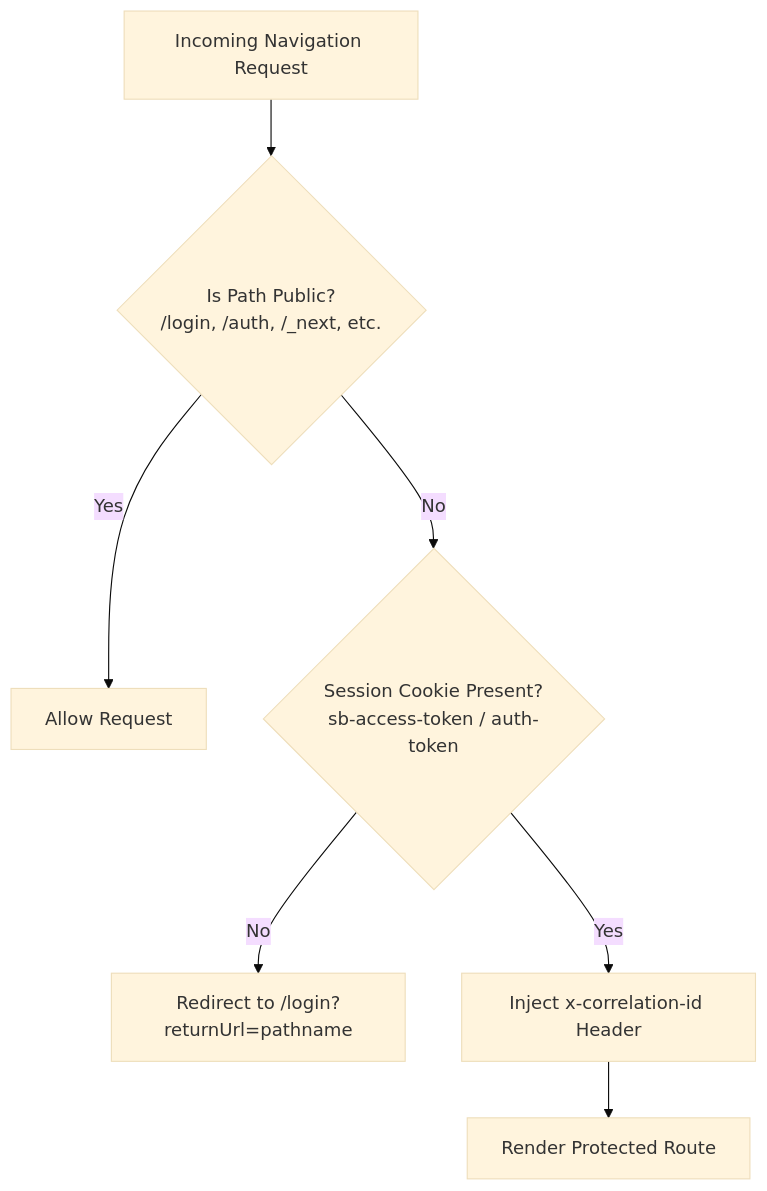
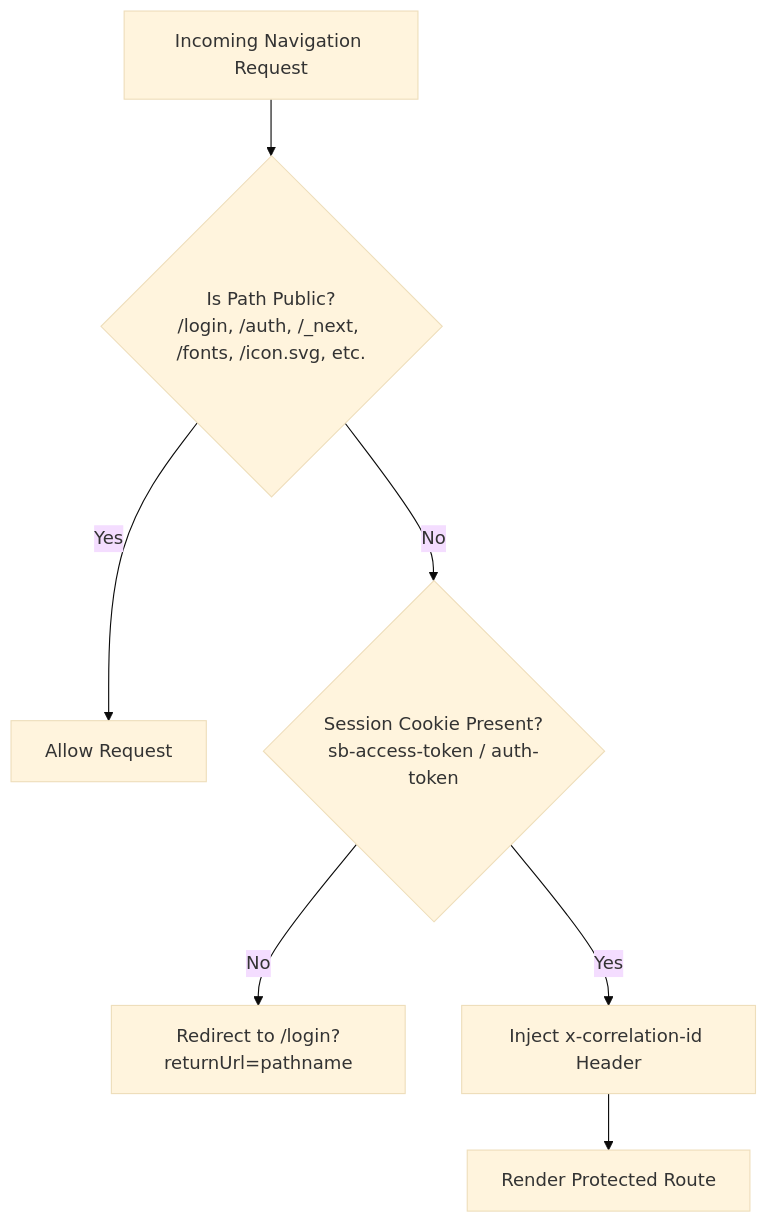
The first of 2 diagrams in docs/frontend-auth-and-navigation.md (Alkanni/vynor-crm-system), drawn with Mermaid (base theme) before and after one commit. The commit also changed other lines of this file and 103 other files, not shown here.

````diff
--- a/docs/frontend-auth-and-navigation.md
+++ b/docs/frontend-auth-and-navigation.md
@@ -11,9 +11,9 @@
 ```mermaid
 flowchart TD
-    Req[Incoming Navigation Request] --> Matcher{Is Path Public?<br/>/login, /auth, /_next, etc.}
+    Req[Incoming Navigation Request] --> Matcher{Is Path Public?<br/>/login, /auth, /_next, /fonts, /icon.svg, etc.}
     Matcher -- Yes --> Next[Allow Request]
     Matcher -- No --> CheckCookie{Session Cookie Present?<br/>sb-access-token / auth-token}
     CheckCookie -- No --> Redirect[Redirect to /login?returnUrl=pathname]
     CheckCookie -- Yes --> Propagate[Inject x-correlation-id Header]
     Propagate --> RenderPage[Render Protected Route]
 ```
````
